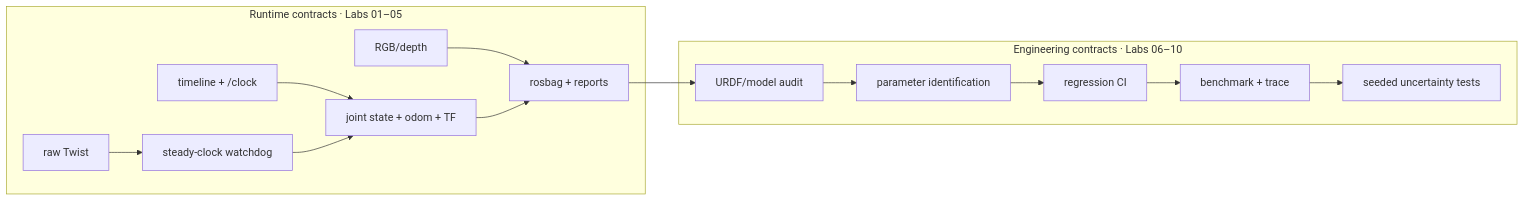
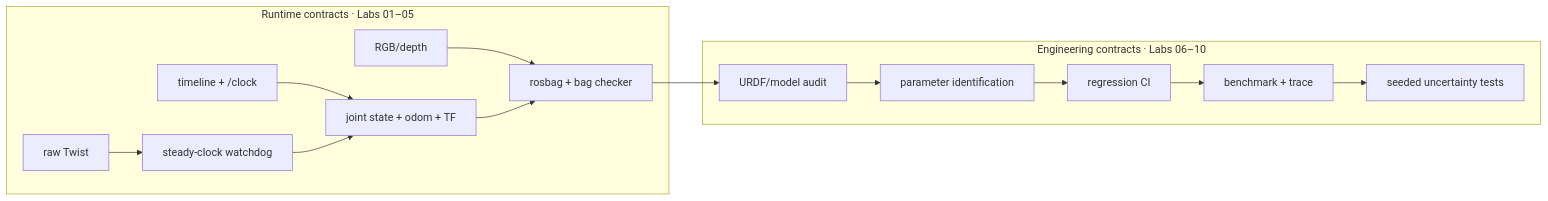
The first of 2 diagrams in robotics-simulation-engineer/ros2-labs.md (buicongnguyen/buicongnguyen.github.io), drawn with Mermaid before and after one commit. The commit also changed other lines of this file and 83 other files, not shown here.

````diff
--- a/robotics-simulation-engineer/ros2-labs.md
+++ b/robotics-simulation-engineer/ros2-labs.md
@@ -44,14 +45,14 @@
 ```mermaid
 flowchart LR
   subgraph Runtime["Runtime contracts · Labs 01–05"]
     Time["timeline + /clock"] --> State["joint state + odom + TF"]
     Command["raw Twist"] --> Guard["steady-clock watchdog"] --> State
-    Sensor["RGB/depth"] --> Bag["rosbag + reports"]
+    Sensor["RGB/depth"] --> Bag["rosbag + bag checker"]
     State --> Bag
   end
   subgraph Engineering["Engineering contracts · Labs 06–10"]
     Model["URDF/model audit"] --> Physics["parameter identification"] --> CI["regression CI"]
     CI --> Profile["benchmark + trace"] --> Robust["seeded uncertainty tests"]
   end
   Bag --> Model
 ```
````
